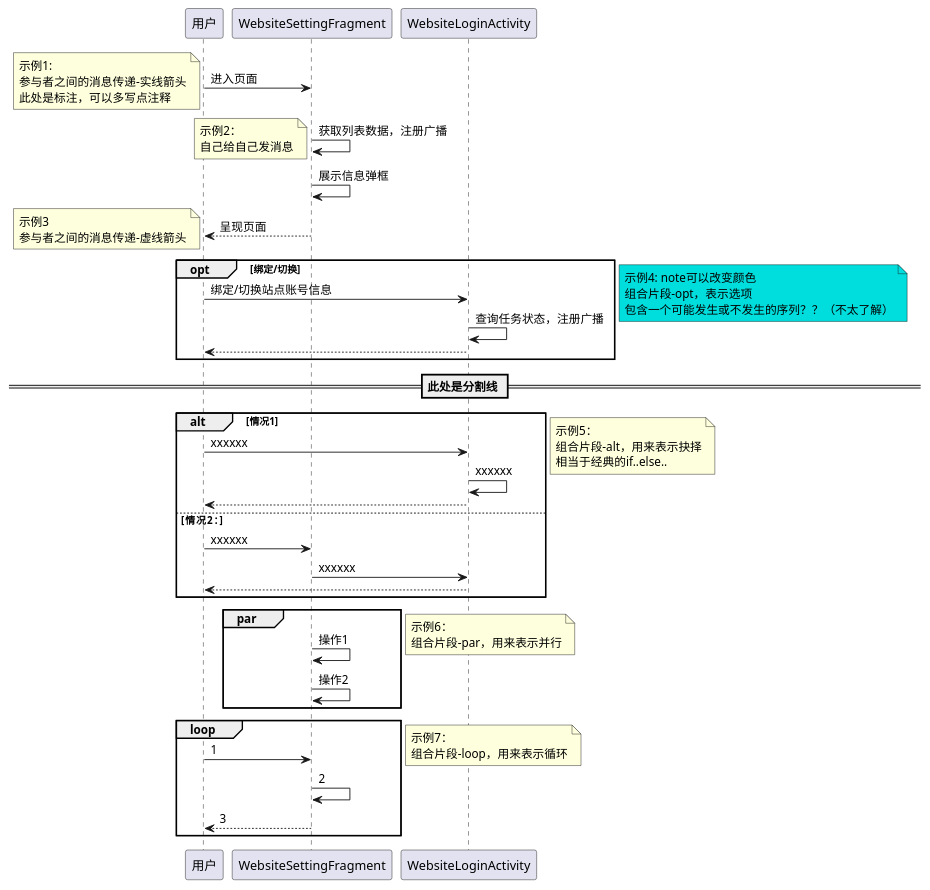
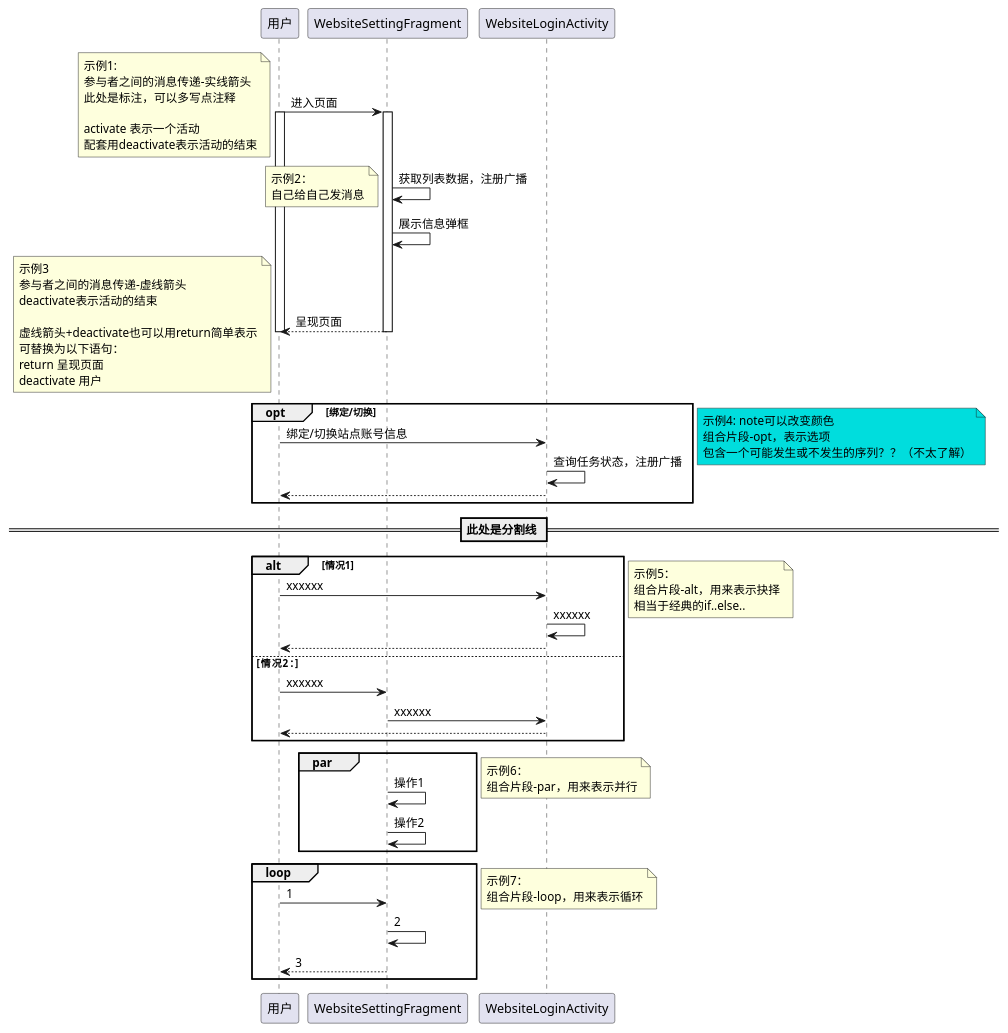
One commit to MealiaLin/myUml changed the diagram in demo/时序图demo.puml. Above: the diagram before and after it, drawn with PlantUML.

Commit message:
完善时序图

```diff
--- a/demo/时序图demo.puml
+++ b/demo/时序图demo.puml
@@ -1,70 +1,89 @@
 @startuml
+'注解:定义节点
+participant 用户
+participant WebsiteSettingFragment
+participant WebsiteLoginActivity
+
 用户 -> WebsiteSettingFragment: 进入页面
+activate 用户
 note left
     示例1:
     参与者之间的消息传递-实线箭头
     此处是标注，可以多写点注释
+
+    activate 表示一个活动
+    配套用deactivate表示活动的结束
 end note
+activate WebsiteSettingFragment
 WebsiteSettingFragment -> WebsiteSettingFragment: 获取列表数据，注册广播
 note left
     示例2：
     自己给自己发消息
 end note
 WebsiteSettingFragment -> WebsiteSettingFragment: 展示信息弹框
 WebsiteSettingFragment --> 用户: 呈现页面
+deactivate WebsiteSettingFragment
+deactivate 用户
 note left
     示例3
     参与者之间的消息传递-虚线箭头
+    deactivate表示活动的结束
+
+    虚线箭头+deactivate也可以用return简单表示
+    可替换为以下语句：
+    return 呈现页面
+    deactivate 用户
 end note
+
 
 
 
 opt 绑定/切换
     用户 -> WebsiteLoginActivity: 绑定/切换站点账号信息
     WebsiteLoginActivity -> WebsiteLoginActivity: 查询任务状态，注册广播
     WebsiteLoginActivity --> 用户
 end opt
 note left #00dddd
     示例4: note可以改变颜色
     组合片段-opt，表示选项
     包含一个可能发生或不发生的序列？？（不太了解）
 end note
 
 
 == 此处是分割线 ==
 
 alt 情况1
     用户 -> WebsiteLoginActivity: xxxxxx
     WebsiteLoginActivity -> WebsiteLoginActivity: xxxxxx
     WebsiteLoginActivity --> 用户
 else 情况2：
     用户 -> WebsiteSettingFragment: xxxxxx
     WebsiteSettingFragment -> WebsiteLoginActivity: xxxxxx
     WebsiteLoginActivity --> 用户
 end alt
 note left
     示例5：
     组合片段-alt，用来表示抉择
     相当于经典的if..else..
 end note
 
 par
 WebsiteSettingFragment -> WebsiteSettingFragment: 操作1
 WebsiteSettingFragment -> WebsiteSettingFragment: 操作2
 end par
 note left
     示例6：
     组合片段-par，用来表示并行
 end note
 
 loop
 用户 -> WebsiteSettingFragment: 1
 WebsiteSettingFragment -> WebsiteSettingFragment: 2
 WebsiteSettingFragment --> 用户: 3
 end loop
 note left
     示例7：
     组合片段-loop，用来表示循环
 end note
 
 @enduml
```
